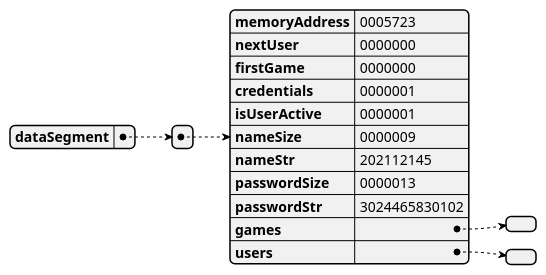
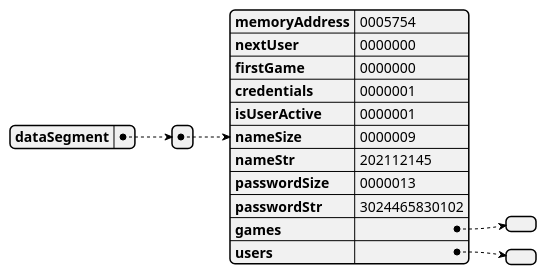
One commit to danielcuque/ACE1-PROYECTO2 changed the diagram in docs/uml/README.md. Above: the diagram before and after it, drawn with PlantUML. The commit also changed 3 other files, not shown here.

`````diff
--- a/docs/uml/README.md
+++ b/docs/uml/README.md
@@ -1,15 +1,15 @@
 ````plantuml
 @startjson memoryGraph
 {"dataSegment":
-[{"memoryAddress":"0005723",
+[{"memoryAddress":"0005754",
 "nextUser":"0000000",
 "firstGame":"0000000",
 "credentials":"0000001",
 "isUserActive":"0000001",
 "nameSize":"0000009",
 "nameStr":"202112145",
 "passwordSize":"0000013",
 "passwordStr":"3024465830102",
 "games":[],"users":[]}]}
 @endjson
 ````
`````
